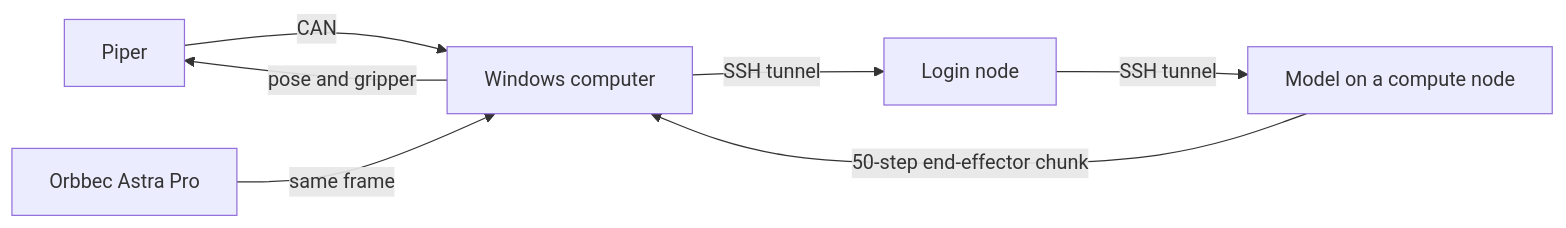
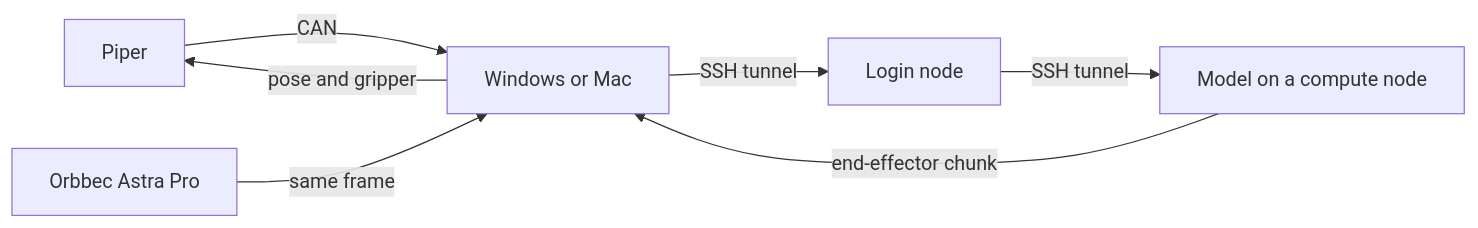
Before and after one commit to TzJ2006/CEI_robot_arms: the diagram in USER_GUIDE.md, drawn with Mermaid. The commit also changed other lines of this file and 6 other files, not shown here.

First line of the commit message:
Document Windows and Mac support, and show the camera while recording.

````diff
--- a/USER_GUIDE.md
+++ b/USER_GUIDE.md
@@ -7,14 +7,14 @@
 ```mermaid
 flowchart LR
   arm[Piper]
   cam[Orbbec Astra Pro]
-  win[Windows computer]
+  pc[Windows or Mac]
   login[Login node]
   gpu[Model on a compute node]
-  arm -->|CAN| win
-  cam -->|same frame| win
-  win -->|SSH tunnel| login
+  arm -->|CAN| pc
+  cam -->|same frame| pc
+  pc -->|SSH tunnel| login
   login -->|SSH tunnel| gpu
-  gpu -->|50-step end-effector chunk| win
-  win -->|pose and gripper| arm
+  gpu -->|end-effector chunk| pc
+  pc -->|pose and gripper| arm
 ```
````
